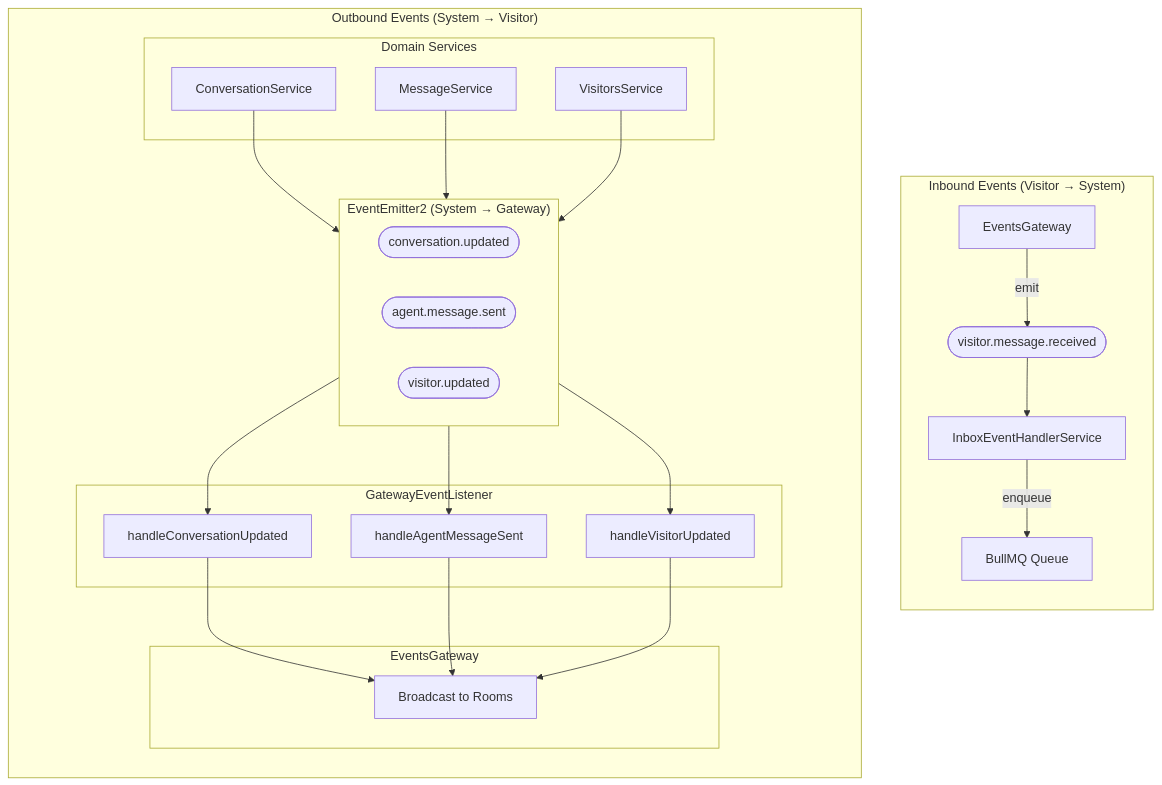
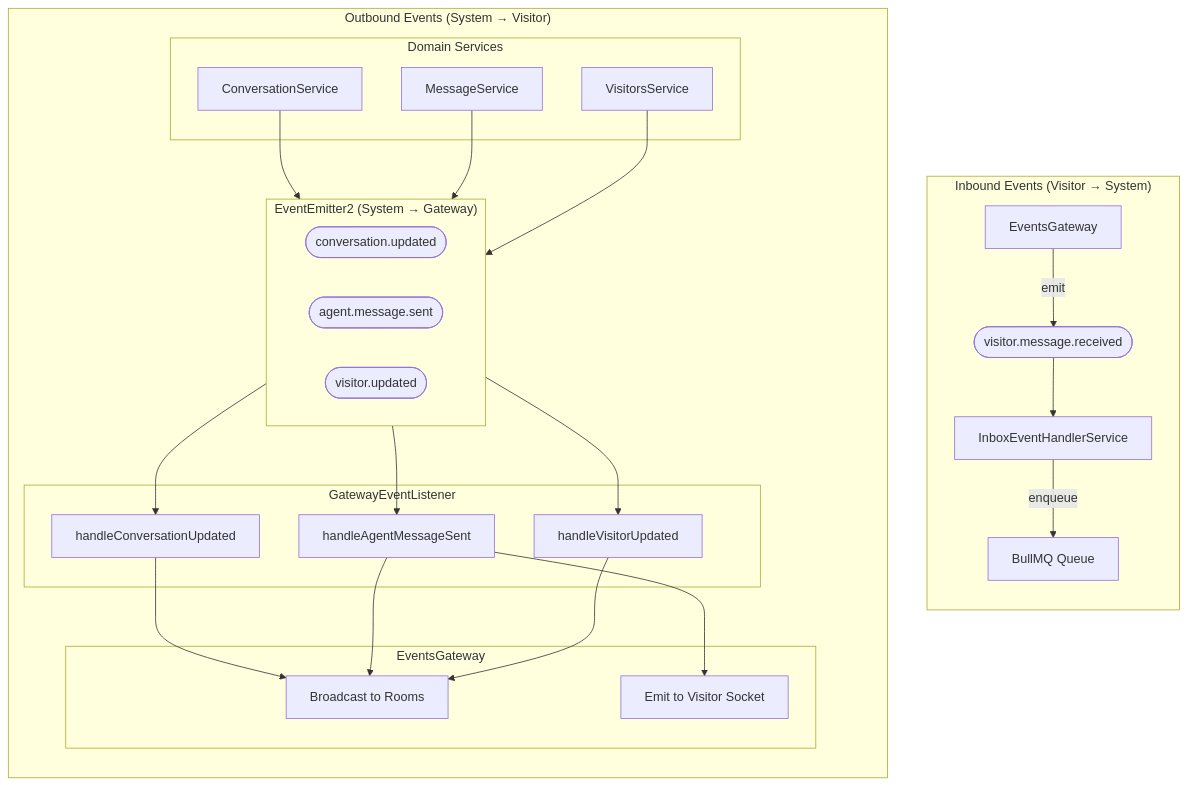
One commit to doananhhung/livechat changed the third of 5 diagrams in presentation/pages/hung.md. Above: the diagram before and after it, drawn with Mermaid. The commit also changed other lines of this file and 6 other files, not shown here.

````diff
--- a/presentation/pages/hung.md
+++ b/presentation/pages/hung.md
@@ -388,52 +320,54 @@
 ```mermaid
 flowchart TB
     subgraph Inbound["Inbound Events (Visitor → System)"]
         direction TB
         GW_IN["EventsGateway"]
         E_IN(["visitor.message.received"])
         IEH["InboxEventHandlerService"]
         BQ["BullMQ Queue"]
     end
     subgraph OutboundFlow["Outbound Events (System → Visitor)"]
         direction TB
         
         subgraph Backend["Domain Services"]
             CS["ConversationService"]
             MS["MessageService"]
             VS["VisitorsService"]
         end
 
         subgraph Events["EventEmitter2 (System → Gateway)"]
             direction LR
             E1(["conversation.updated"])
             E2(["agent.message.sent"])
             E3(["visitor.updated"])
         end
 
         subgraph Listener["GatewayEventListener"]
             H1["handleConversationUpdated"]
             H2["handleAgentMessageSent"]
             H3["handleVisitorUpdated"]
         end
 
         subgraph Gateway["EventsGateway"]
             Emit["Broadcast to Rooms"]
+            EmitVisitor["Emit to Visitor Socket"]
         end
     end
 
     %% Inbound Flow
     GW_IN -->|"emit"| E_IN
     E_IN --> IEH
     IEH -->|"enqueue"| BQ
 
     %% Outbound Flow
     CS --> E1
     MS --> E2
     VS --> E3
     E1 --> H1
     E2 --> H2
     E3 --> H3
     H1 --> Emit
     H2 --> Emit
+    H2 --> EmitVisitor
     H3 --> Emit
 ```
````
